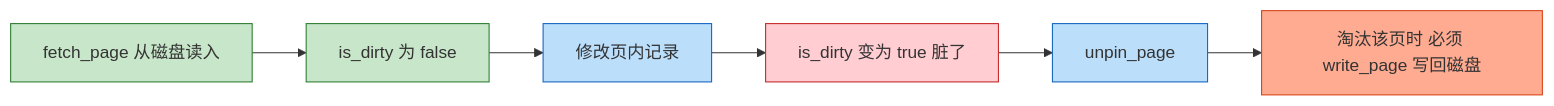
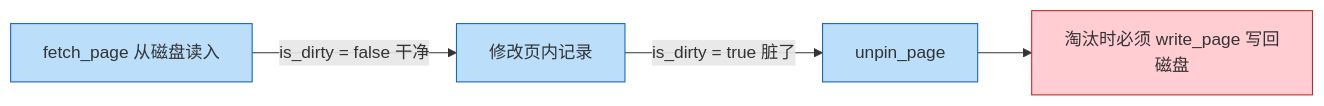
One commit to Dorian7Alden/RMDB-2024-Analyze changed the second of 4 diagrams in my-analysis/01-storage-layer/04-buffer-pool-overview.md. Above: the diagram before and after it, drawn with Mermaid. The commit also changed other lines of this file, not shown here.

Commit message:
脏页图精简：状态描述从节点改为边标注，减少横向节点数

````diff
--- a/my-analysis/01-storage-layer/04-buffer-pool-overview.md
+++ b/my-analysis/01-storage-layer/04-buffer-pool-overview.md
@@ -71,17 +71,11 @@
 ```mermaid
 flowchart LR
-    A["fetch_page 从磁盘读入"] --> B["is_dirty 为 false"]
-    B --> C["修改页内记录"]
-    C --> D["is_dirty 变为 true 脏了"]
-    D --> E["unpin_page"]
-    E --> F["淘汰该页时 必须 write_page 写回磁盘"]
+    A["fetch_page 从磁盘读入"] -->|"is_dirty = false 干净"| B["修改页内记录"]
+    B -->|"is_dirty = true 脏了"| C["unpin_page"]
+    C --> D["淘汰时必须 write_page 写回磁盘"]
 
-    classDef clean fill:#c8e6c9,stroke:#2e7d32
-    classDef dirty fill:#ffcdd2,stroke:#c62828
-    classDef action fill:#bbdefb,stroke:#1565c0
-    classDef danger fill:#ffab91,stroke:#d84315
-    class A,B clean
-    class C,E action
-    class D dirty
-    class F danger
+    classDef op fill:#bbdefb,stroke:#1565c0
+    classDef disk fill:#ffcdd2,stroke:#c62828
+    class A,B,C op
+    class D disk
 ```
````
